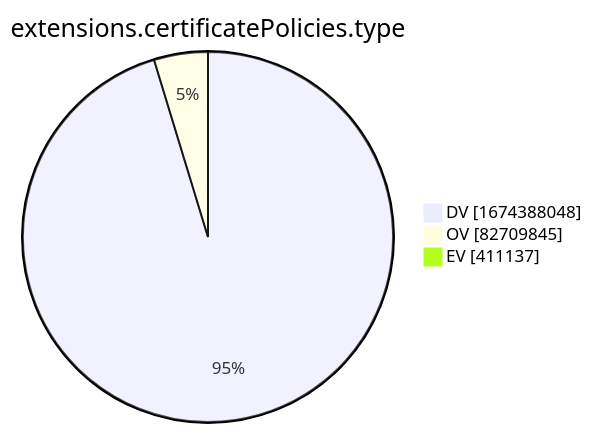
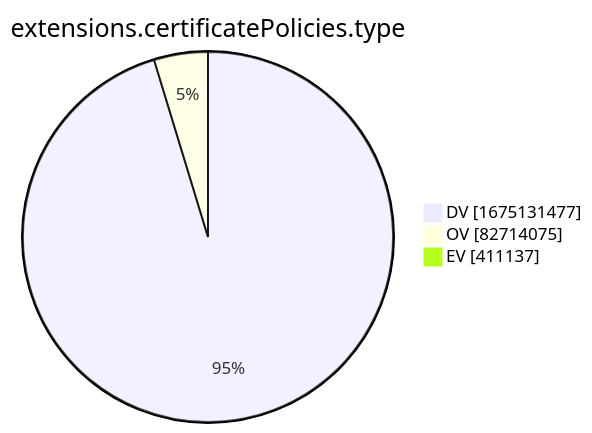
Before and after one commit to christiankrug/ctmonitor_visualization: the tenth of 15 diagrams in xenon2022/README.md, drawn with Mermaid. The commit also changed other lines of this file, not shown here.

````diff
--- a/xenon2022/README.md
+++ b/xenon2022/README.md
@@ -2880,7 +2880,7 @@
 ```mermaid
 pie showData
 title extensions.certificatePolicies.type
-"DV" :1674388048
-"OV" :82709845
+"DV" :1675131477
+"OV" :82714075
 "EV" :411137
 ```
````
